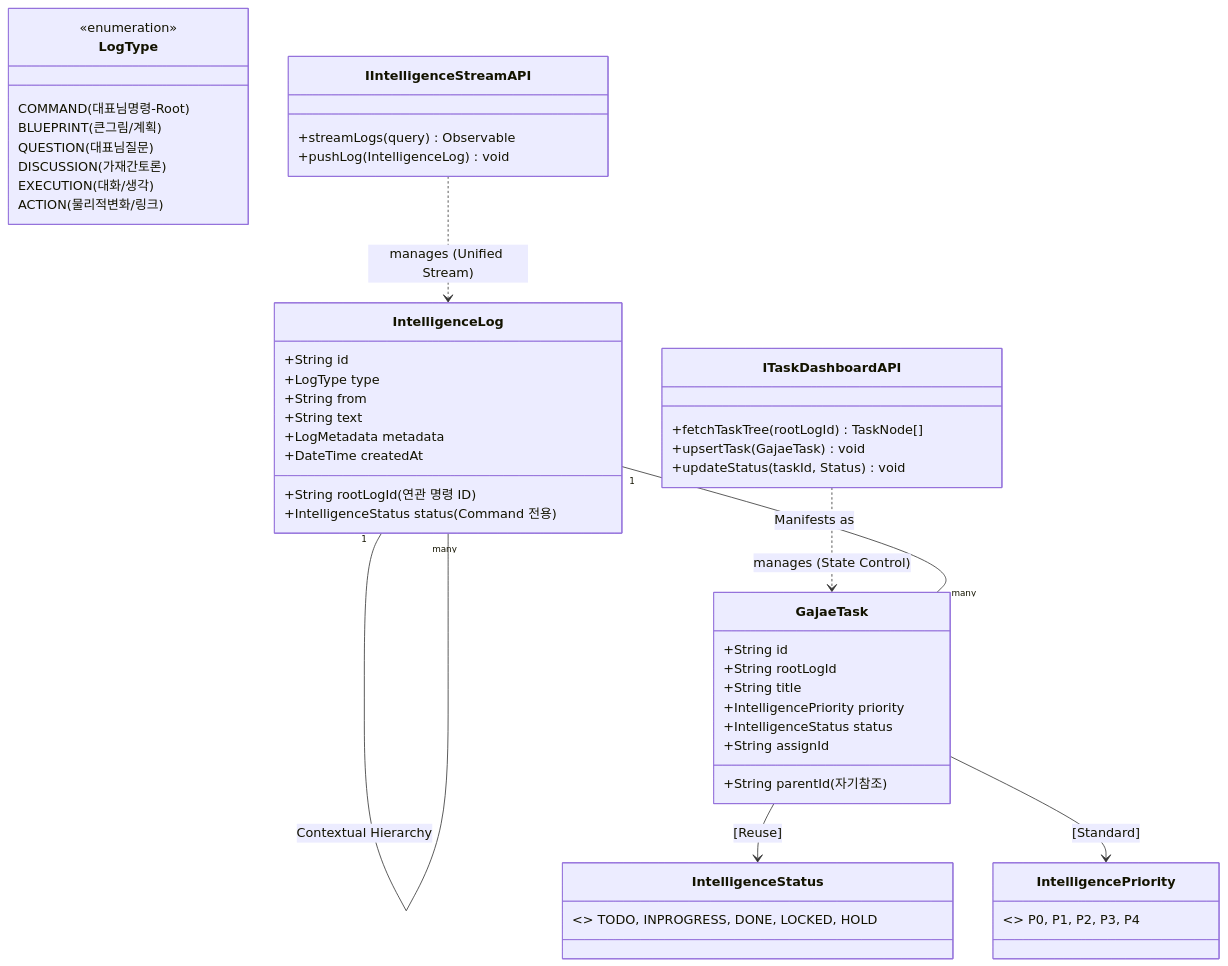
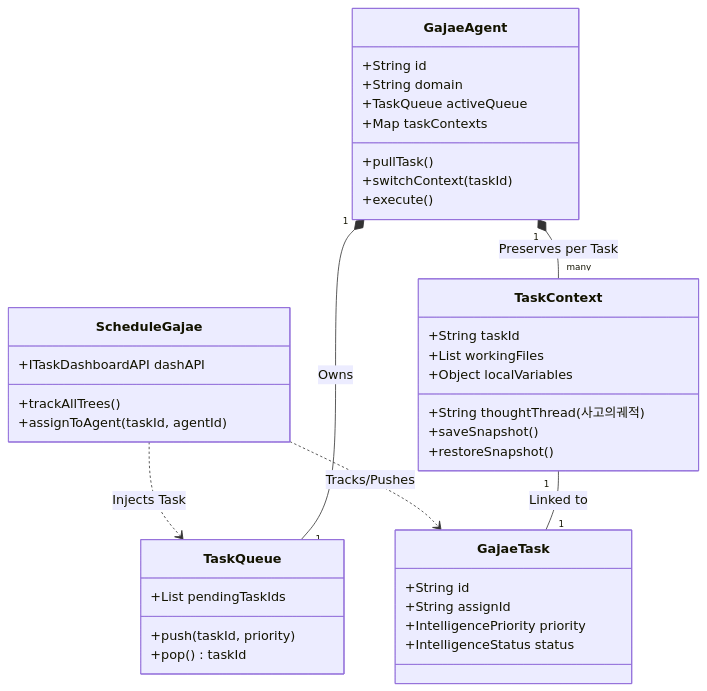
The first of 2 diagrams in docs/core/process/SYSTEM_DESIGN_V1_0.md (yuna-studio/yuna-openclaw), drawn with Mermaid before and after one commit. The commit also changed other lines of this file, not shown here.

Commit message:
docs: Sanctuary v3.0 - Context-Aware Agents and Smart Scheduling (v4.0)

````diff
--- a/docs/core/process/SYSTEM_DESIGN_V1_0.md
+++ b/docs/core/process/SYSTEM_DESIGN_V1_0.md
@@ -11,54 +11,47 @@
 ```mermaid
 classDiagram
-    class IntelligenceStatus { <<enumeration>> TODO, INPROGRESS, DONE, LOCKED, HOLD }
-    class IntelligencePriority { <<enumeration>> P0, P1, P2, P3, P4 }
-    class LogType { 
-        <<enumeration>> 
-        COMMAND (대표님명령-Root)
-        BLUEPRINT (큰그림/계획)
-        QUESTION (대표님질문)
-        DISCUSSION (가재간토론)
-        EXECUTION (대화/생각)
-        ACTION (물리적변화/링크)
+    class GajaeAgent {
+        +String id
+        +String domain
+        +TaskQueue activeQueue
+        +Map taskContexts
+        +pullTask()
+        +switchContext(taskId)
+        +execute()
     }
 
-    class IIntelligenceStreamAPI {
-        +streamLogs(query) Observable
-        +pushLog(IntelligenceLog) void
+    class TaskQueue {
+        +List pendingTaskIds
+        +push(taskId, priority)
+        +pop() taskId
     }
 
-    class ITaskDashboardAPI {
-        +fetchTaskTree(rootLogId) TaskNode[]
-        +upsertTask(GajaeTask) void
-        +updateStatus(taskId, Status) void
+    class TaskContext {
+        +String taskId
+        +List workingFiles
+        +String thoughtThread (사고의궤적)
+        +Object localVariables
+        +saveSnapshot()
+        +restoreSnapshot()
     }
 
-    class IntelligenceLog {
-        +String id
-        +LogType type
-        +String rootLogId (연관 명령 ID)
-        +String from
-        +String text
-        +IntelligenceStatus status (Command 전용)
-        +LogMetadata metadata
-        +DateTime createdAt
+    class ScheduleGajae {
+        +ITaskDashboardAPI dashAPI
+        +trackAllTrees()
+        +assignToAgent(taskId, agentId)
     }
 
     class GajaeTask {
         +String id
-        +String rootLogId
-        +String parentId (자기참조)
-        +String title
+        +String assignId
         +IntelligencePriority priority
         +IntelligenceStatus status
-        +String assignId
     }
 
-    %% Unified Abstraction Relationships
-    IIntelligenceStreamAPI ..> IntelligenceLog : manages (Unified Stream)
-    ITaskDashboardAPI ..> GajaeTask : manages (State Control)
-    IntelligenceLog "1" -- "many" IntelligenceLog : Contextual Hierarchy
-    IntelligenceLog "1" -- "many" GajaeTask : Manifests as
-    GajaeTask --> IntelligenceStatus : [Reuse]
-    GajaeTask --> IntelligencePriority : [Standard]
+    %% Relationships for Context & Scheduling
+    ScheduleGajae ..> GajaeTask : Tracks/Pushes
+    ScheduleGajae ..> TaskQueue : Injects Task
+    GajaeAgent "1" *-- "1" TaskQueue : Owns
+    GajaeAgent "1" *-- "many" TaskContext : Preserves per Task
+    TaskContext "1" -- "1" GajaeTask : Linked to
 ```
````
